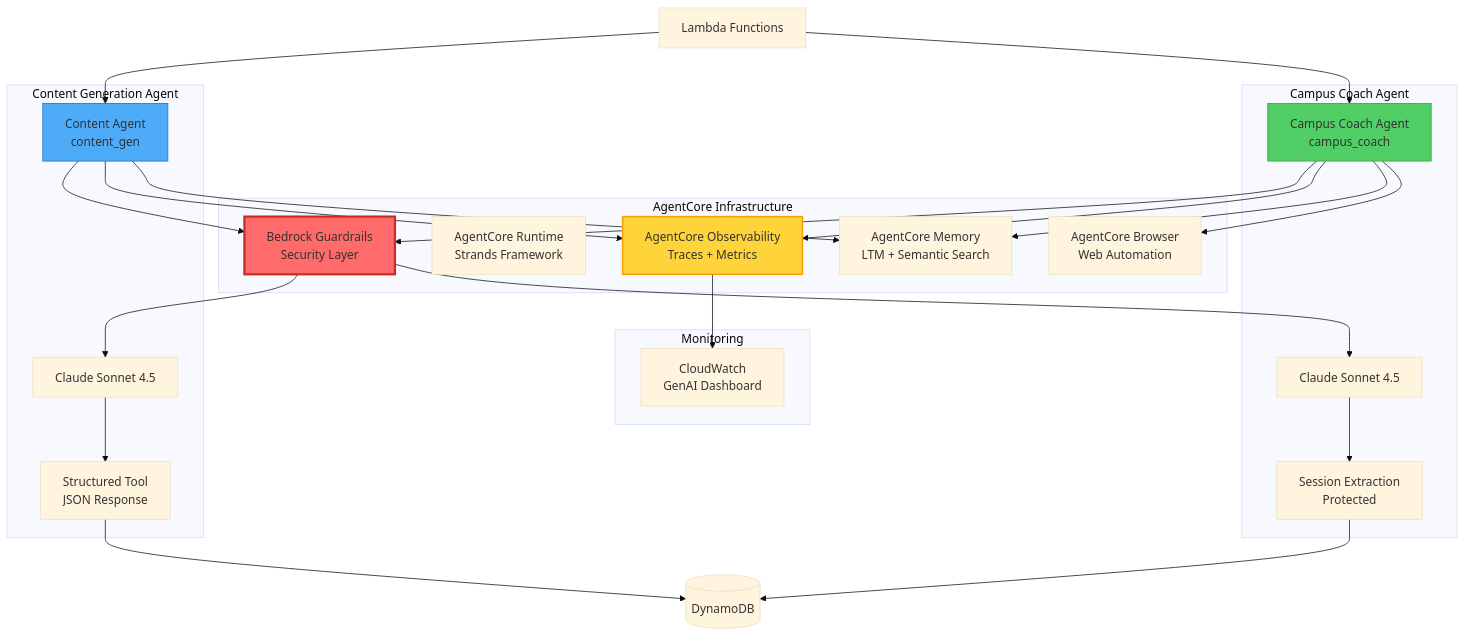
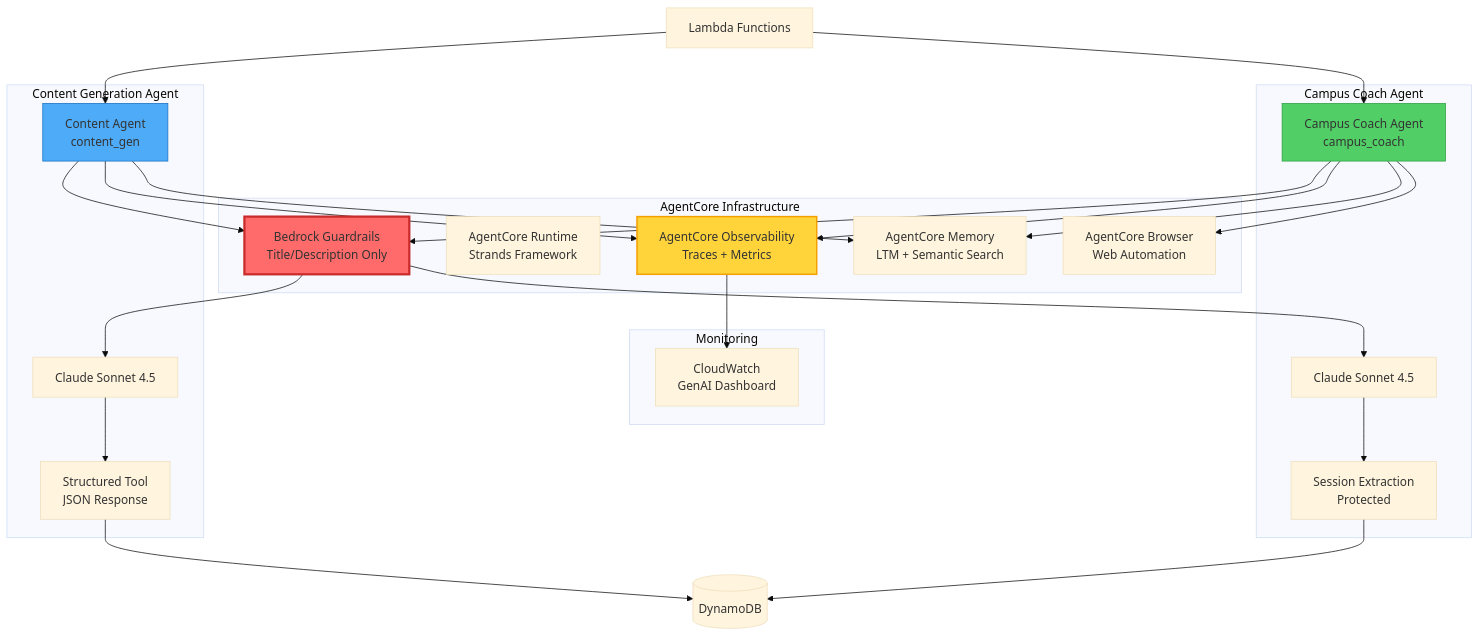
One commit to el-pedrito/strava-ai-boost changed the diagram in docs/advanced/AGENTCORE.md. Above: the diagram before and after it, drawn with Mermaid (base theme). The commit also changed other lines of this file and 6 other files, not shown here.

````diff
--- a/docs/advanced/AGENTCORE.md
+++ b/docs/advanced/AGENTCORE.md
@@ -19,45 +19,45 @@
 ```mermaid
 graph TB
     subgraph "AgentCore Infrastructure"
         Memory[AgentCore Memory<br/>LTM + Semantic Search]
         Runtime[AgentCore Runtime<br/>Strands Framework]
         Browser[AgentCore Browser<br/>Web Automation]
-        Guardrails[Bedrock Guardrails<br/>Security Layer]
+        Guardrails[Bedrock Guardrails<br/>Title/Description Only]
         Observability[AgentCore Observability<br/>Traces + Metrics]
     end
     
     subgraph "Content Generation Agent"
         ContentAgent[Content Agent<br/>content_gen]
         ContentAgent --> Guardrails
         ContentAgent --> Observability
         Guardrails --> Claude1[Claude Sonnet 4.5]
         ContentAgent --> Memory
         Claude1 --> ContentTool[Structured Tool<br/>JSON Response]
     end
     
     subgraph "Campus Coach Agent"
         CampusAgent[Campus Coach Agent<br/>campus_coach]
         CampusAgent --> Guardrails
         CampusAgent --> Observability
         Guardrails --> Claude2[Claude Sonnet 4.5]
         CampusAgent --> Memory
         CampusAgent --> Browser
         Claude2 --> Extraction[Session Extraction<br/>Protected]
     end
     
     subgraph "Monitoring"
         CloudWatch[CloudWatch<br/>GenAI Dashboard]
         Observability --> CloudWatch
     end
     
     Lambda[Lambda Functions] --> ContentAgent
     Lambda --> CampusAgent
     
     ContentTool --> DynamoDB[(DynamoDB)]
     Extraction --> DynamoDB
     
     style Guardrails fill:#ff6b6b,stroke:#c92a2a,stroke-width:3px
     style Observability fill:#ffd43b,stroke:#f59f00,stroke-width:2px
     style ContentAgent fill:#4dabf7,stroke:#1971c2
     style CampusAgent fill:#51cf66,stroke:#2f9e44
 ```
````
